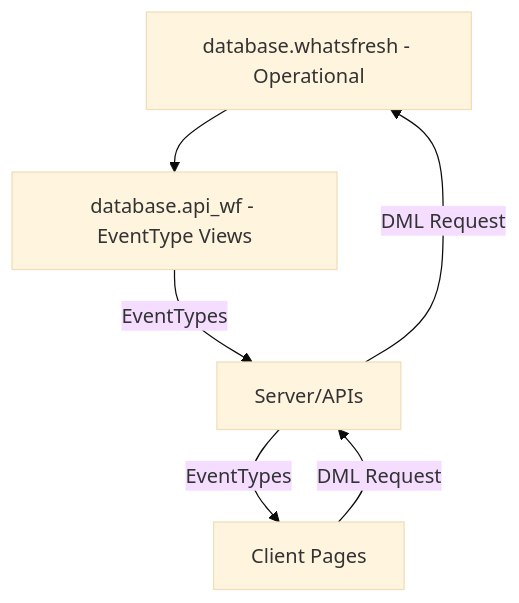
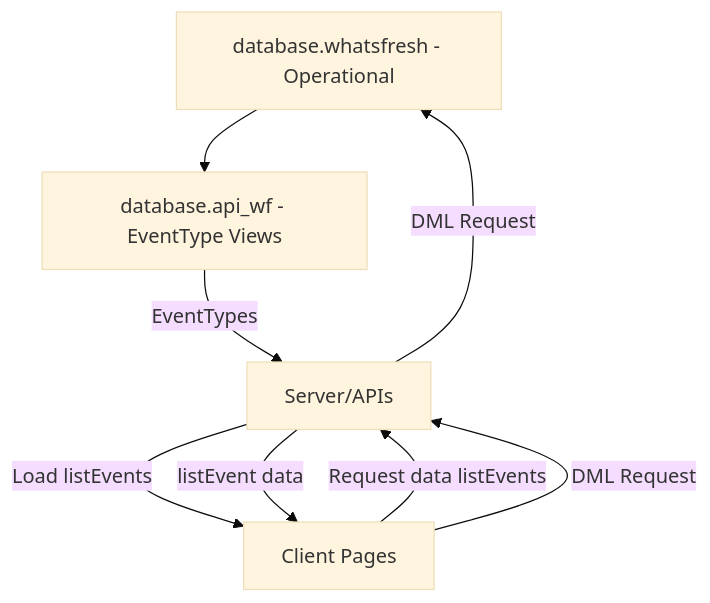
The diagram in README.md (pchambless/whatsfresh-docs), drawn with Mermaid (base theme) before and after one commit. The commit also changed other lines of this file and 2 other files, not shown here.

Commit message:
Added navigation-flow

````diff
--- a/README.md
+++ b/README.md
@@ -36,9 +38,11 @@
 ```mermaid
 graph TD
     DB[database.whatsfresh - Operational]
     DB --> DBV[database.api_wf - EventType Views]
     DBV --> |EventTypes|C[Server/APIs]
-    C --> |EventTypes| B[Client Pages] 
+    C --> |Load listEvents| B[Client Pages]
+    C --> |listEvent data|B
+    B --> |Request data listEvents| C 
     B --> |DML Request| C
     C --> |DML Request| DB
 ```
````
